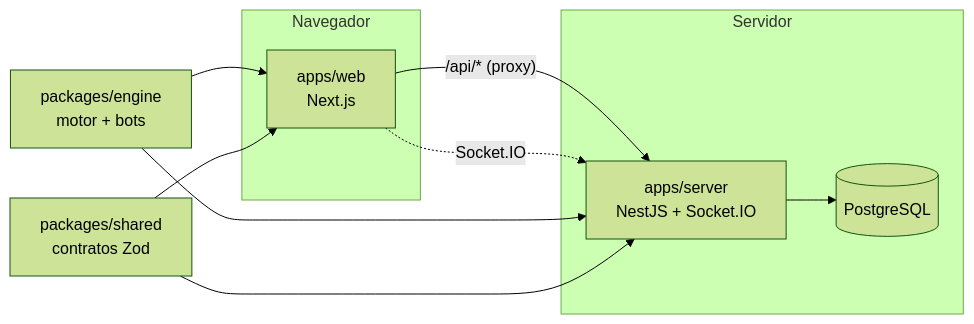
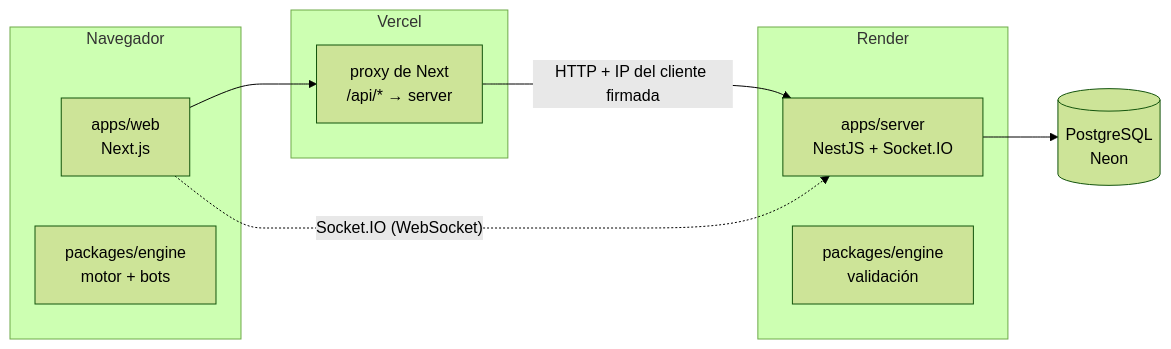
One commit to sebastdv/tecleo changed the diagram in README.md. Above: the diagram before and after it, drawn with Mermaid (forest theme). The commit also changed other lines of this file and 10 other files, not shown here.

````diff
--- a/README.md
+++ b/README.md
@@ -27,19 +52,19 @@
 ```mermaid
 flowchart LR
   subgraph Navegador
     W[apps/web<br/>Next.js]
+    E1[packages/engine<br/>motor + bots]
   end
-  subgraph Servidor
+  subgraph Vercel
+    P[proxy de Next<br/>/api/* → server]
+  end
+  subgraph Render
     S[apps/server<br/>NestJS + Socket.IO]
-    DB[(PostgreSQL)]
+    E2[packages/engine<br/>validación]
   end
-  E[packages/engine<br/>motor + bots]
-  SH[packages/shared<br/>contratos Zod]
-  W -- "/api/* (proxy)" --> S
-  W -. "Socket.IO" .-> S
+  DB[(PostgreSQL<br/>Neon)]
+  W --> P
+  P -- "HTTP + IP del cliente firmada" --> S
+  W -. "Socket.IO (WebSocket)" .-> S
   S --> DB
-  E --> W
-  E --> S
-  SH --> W
-  SH --> S
 ```
````
